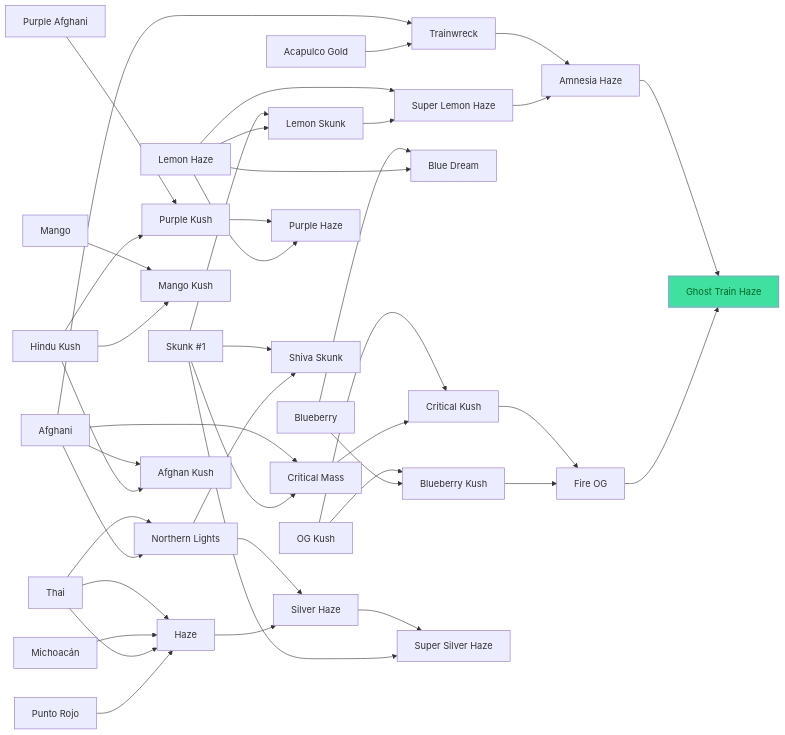
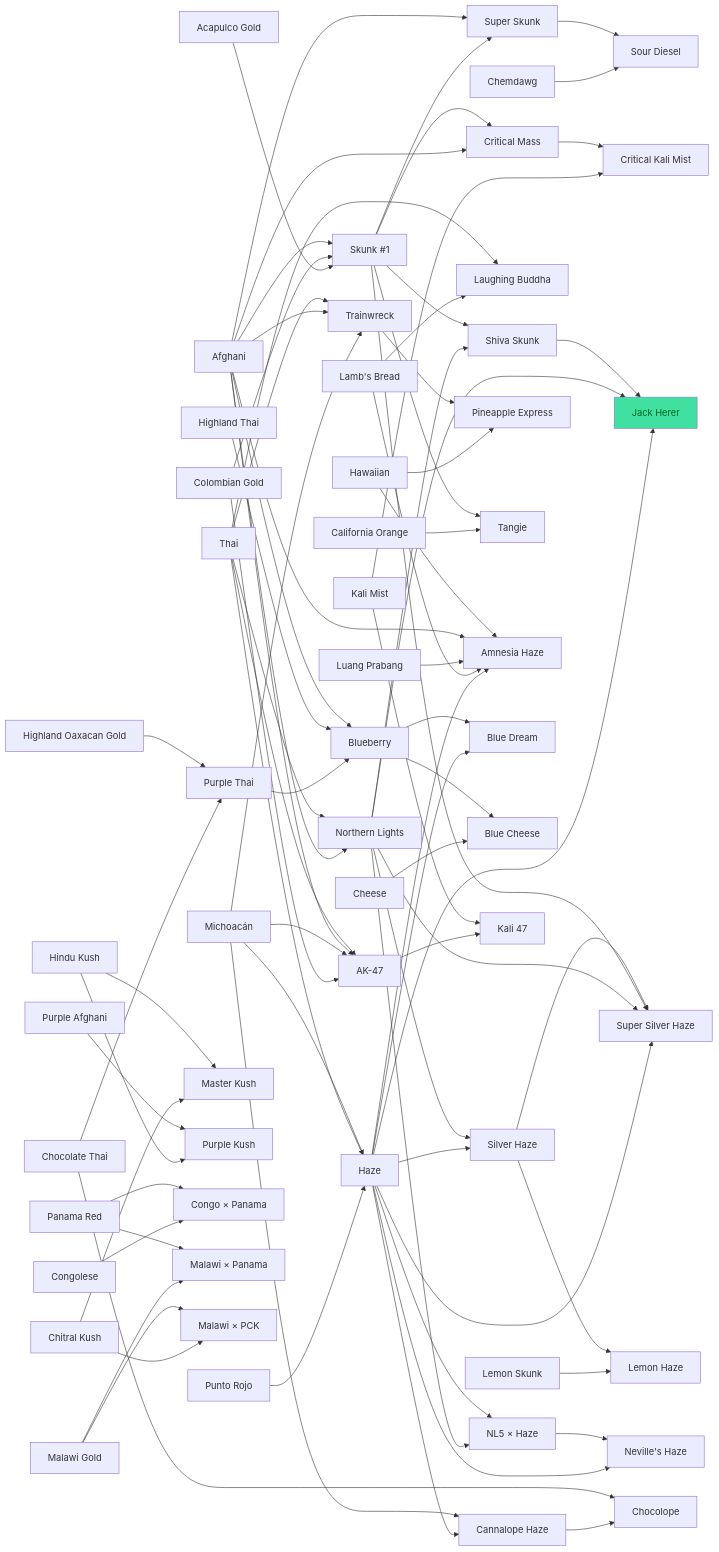
Before and after one commit to u0921985828-arch/Strainmon: the diagram in ribera-verde/docs/GENETICA.md, drawn with Mermaid. The commit also changed other lines of this file and 51 other files, not shown here.

````diff
--- a/ribera-verde/docs/GENETICA.md
+++ b/ribera-verde/docs/GENETICA.md
@@ -107,44 +220,80 @@
 ```mermaid
 flowchart LR
-  limon["Lemon Haze"] --> citrus["Lemon Skunk"]
-  ria["Skunk #1"] --> citrus
-  niebla["Blueberry"] --> bluetx["Blueberry Kush"]
-  txoko["OG Kush"] --> bluetx
-  acapulco["Acapulco Gold"] --> sollimon["Trainwreck"]
-  rif["Afghani"] --> sollimon
+  ria["Skunk #1"] --> txoko["Super Skunk"]
+  rif["Afghani"] --> txoko["Super Skunk"]
+  rif["Afghani"] --> kushrif["Critical Mass"]
   ria["Skunk #1"] --> kushrif["Critical Mass"]
-  rif["Afghani"] --> kushrif
+  nl["Northern Lights"] --> nlhaze["NL5 × Haze"]
+  haze["Haze"] --> nlhaze["NL5 × Haze"]
+  haze["Haze"] --> silver["Silver Haze"]
+  nl["Northern Lights"] --> silver["Silver Haze"]
+  acapulco["Acapulco Gold"] --> ria["Skunk #1"]
+  colgold["Colombian Gold"] --> ria["Skunk #1"]
+  rif["Afghani"] --> ria["Skunk #1"]
+  punto["Punto Rojo"] --> haze["Haze"]
+  thai["Thai"] --> haze["Haze"]
+  mich["Michoacán"] --> haze["Haze"]
+  rif["Afghani"] --> nl["Northern Lights"]
+  thai["Thai"] --> nl["Northern Lights"]
+  choco["Chocolate Thai"] --> amanecer["Purple Thai"]
+  oaxaca["Highland Oaxacan Gold"] --> amanecer["Purple Thai"]
+  mich["Michoacán"] --> sollimon["Trainwreck"]
+  rif["Afghani"] --> sollimon["Trainwreck"]
+  thai["Thai"] --> sollimon["Trainwreck"]
+  colgold["Colombian Gold"] --> ak47["AK-47"]
+  mich["Michoacán"] --> ak47["AK-47"]
+  rif["Afghani"] --> ak47["AK-47"]
+  thai["Thai"] --> ak47["AK-47"]
+  lamb["Lamb's Bread"] --> buddha["Laughing Buddha"]
+  thai["Thai"] --> buddha["Laughing Buddha"]
+  haze["Haze"] --> cannalope["Cannalope Haze"]
+  mich["Michoacán"] --> cannalope["Cannalope Haze"]
+  chitral["Chitral Kush"] --> afkush["Master Kush"]
+  hindu["Hindu Kush"] --> afkush["Master Kush"]
   hindu["Hindu Kush"] --> purpurah["Purple Kush"]
-  purpura["Purple Afghani"] --> purpurah
-  hindu["Hindu Kush"] --> orotrop["Mango Kush"]
-  mango["Mango"] --> orotrop
-  limon["Lemon Haze"] --> nieblamor["Blue Dream"]
-  niebla["Blueberry"] --> nieblamor
-  citrus["Lemon Skunk"] --> brumaog["Super Lemon Haze"]
-  limon["Lemon Haze"] --> brumaog
-  kushrif["Critical Mass"] --> reina["Critical Kush"]
-  txoko["OG Kush"] --> reina
-  limon["Lemon Haze"] --> amanecer["Purple Haze"]
-  purpurah["Purple Kush"] --> amanecer
-  brumaog["Super Lemon Haze"] --> tormenta["Amnesia Haze"]
-  sollimon["Trainwreck"] --> tormenta
-  bluetx["Blueberry Kush"] --> dragon["Fire OG"]
-  reina["Critical Kush"] --> dragon
-  dragon["Fire OG"] --> leyenda["Ghost Train Haze"]
-  tormenta["Amnesia Haze"] --> leyenda
-  punto["Punto Rojo"] --> haze["Haze"]
-  thai["Thai"] --> haze
-  mich["Michoacán"] --> haze["Haze"]
-  thai["Thai"] --> haze
-  rif["Afghani"] --> nl["Northern Lights"]
-  thai["Thai"] --> nl
-  hindu["Hindu Kush"] --> afkush["Afghan Kush"]
-  rif["Afghani"] --> afkush
+  purpura["Purple Afghani"] --> purpurah["Purple Kush"]
+  congo["Congolese"] --> congopan["Congo × Panama"]
+  panama["Panama Red"] --> congopan["Congo × Panama"]
+  malawi["Malawi Gold"] --> malapan["Malawi × Panama"]
+  panama["Panama Red"] --> malapan["Malawi × Panama"]
+  chitral["Chitral Kush"] --> malapck["Malawi × PCK"]
+  malawi["Malawi Gold"] --> malapck["Malawi × PCK"]
+  amanecer["Purple Thai"] --> niebla["Blueberry"]
+  hthai["Highland Thai"] --> niebla["Blueberry"]
+  rif["Afghani"] --> niebla["Blueberry"]
   nl["Northern Lights"] --> shiva["Shiva Skunk"]
-  ria["Skunk #1"] --> shiva
-  haze["Haze"] --> silver["Silver Haze"]
-  nl["Northern Lights"] --> silver
+  ria["Skunk #1"] --> shiva["Shiva Skunk"]
+  haze["Haze"] --> neville["Neville's Haze"]
+  nlhaze["NL5 × Haze"] --> neville["Neville's Haze"]
+  cannalope["Cannalope Haze"] --> chocolope["Chocolope"]
+  choco["Chocolate Thai"] --> chocolope["Chocolope"]
+  hawai["Hawaiian"] --> orotrop["Pineapple Express"]
+  sollimon["Trainwreck"] --> orotrop["Pineapple Express"]
+  calorange["California Orange"] --> brumaog["Tangie"]
+  ria["Skunk #1"] --> brumaog["Tangie"]
+  haze["Haze"] --> tormenta["Amnesia Haze"]
+  lamb["Lamb's Bread"] --> tormenta["Amnesia Haze"]
+  lao["Luang Prabang"] --> tormenta["Amnesia Haze"]
+  rif["Afghani"] --> tormenta["Amnesia Haze"]
+  hawai["Hawaiian"] --> tormenta["Amnesia Haze"]
+  haze["Haze"] --> leyenda["Jack Herer"]
+  nl["Northern Lights"] --> leyenda["Jack Herer"]
+  shiva["Shiva Skunk"] --> leyenda["Jack Herer"]
+  haze["Haze"] --> ssh["Super Silver Haze"]
+  nl["Northern Lights"] --> ssh["Super Silver Haze"]
   ria["Skunk #1"] --> ssh["Super Silver Haze"]
-  silver["Silver Haze"] --> ssh
+  silver["Silver Haze"] --> ssh["Super Silver Haze"]
+  haze["Haze"] --> nieblamor["Blue Dream"]
+  niebla["Blueberry"] --> nieblamor["Blue Dream"]
+  cheese["Cheese"] --> bluetx["Blue Cheese"]
+  niebla["Blueberry"] --> bluetx["Blue Cheese"]
+  citrus["Lemon Skunk"] --> limon["Lemon Haze"]
+  silver["Silver Haze"] --> limon["Lemon Haze"]
+  chemdawg["Chemdawg"] --> dragon["Sour Diesel"]
+  txoko["Super Skunk"] --> dragon["Sour Diesel"]
+  ak47["AK-47"] --> kali47["Kali 47"]
+  kali["Kali Mist"] --> kali47["Kali 47"]
+  kali["Kali Mist"] --> reina["Critical Kali Mist"]
+  kushrif["Critical Mass"] --> reina["Critical Kali Mist"]
   style leyenda fill:#40e0a0,color:#062
 ```
````
